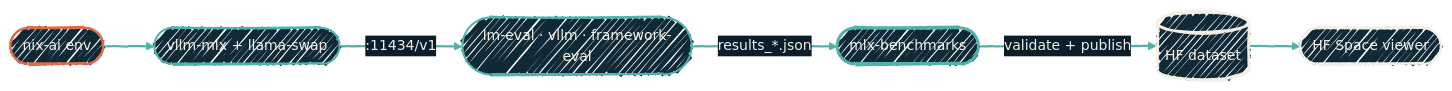
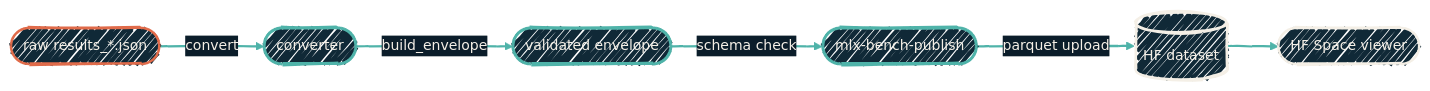
One commit to JacobPEvans/mlx-benchmarks changed the diagram in README.md. Above: the diagram before and after it, drawn with Mermaid. The commit also changed other lines of this file, not shown here.

````diff
--- a/README.md
+++ b/README.md
@@ -47,43 +67,41 @@
 ```mermaid
 %%{init: {
   'theme':'base',
   'look':'handDrawn',
   'themeVariables':{
     'fontFamily':'Geist',
     'fontSize':'14px',
     'primaryColor':'#102937',
     'primaryTextColor':'#F4EFE6',
     'primaryBorderColor':'#4FB3A9',
     'lineColor':'#4FB3A9',
     'secondaryColor':'#0B1D2A',
     'tertiaryColor':'#1A2A38',
     'clusterBkg':'rgba(79,179,169,0.08)',
     'clusterBorder':'#4FB3A9'
   }
 }}%%
 flowchart LR
-  NixAI([nix-ai env])
-  Serve([vllm-mlx + llama-swap])
-  Eval([lm-eval · vllm · framework-eval])
-  Bench([mlx-benchmarks])
+  Raw(["raw results_*.json"])
+  Convert([converter])
+  Envelope([validated envelope])
+  Publish([mlx-bench-publish])
   Dataset[("HF dataset")]
   Viewer([HF Space viewer])
 
-  NixAI --> Serve
-  Serve -->|":11434/v1"| Eval
-  Eval -->|"results_*.json"| Bench
-  Bench -->|"validate + publish"| Dataset
+  Raw -->|"convert"| Convert
+  Convert -->|"build_envelope"| Envelope
+  Envelope -->|"schema check"| Publish
+  Publish -->|"parquet upload"| Dataset
   Dataset --> Viewer
 
   classDef source fill:#102937,stroke:#E06B4A,stroke-width:2.5px,color:#F4EFE6;
-  classDef stack  fill:#102937,stroke:#4FB3A9,stroke-width:2px,color:#F4EFE6;
   classDef core   fill:#102937,stroke:#4FB3A9,stroke-width:3px,color:#F4EFE6;
   classDef sink   fill:#102937,stroke:#F4EFE6,stroke-width:2.5px,color:#F4EFE6;
 
-  class NixAI source
-  class Serve,Eval stack
-  class Bench core
+  class Raw source
+  class Convert,Envelope,Publish core
   class Dataset,Viewer sink
 
   linkStyle 0,1,2,3,4 stroke:#4FB3A9,stroke-width:2px;
 ```
````
